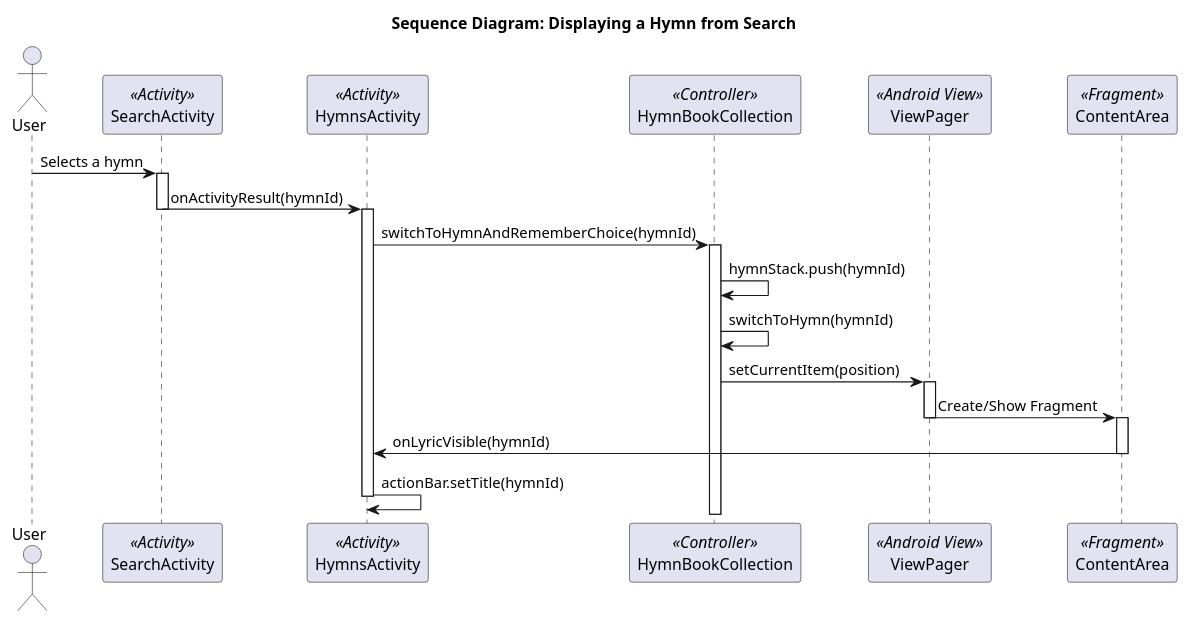
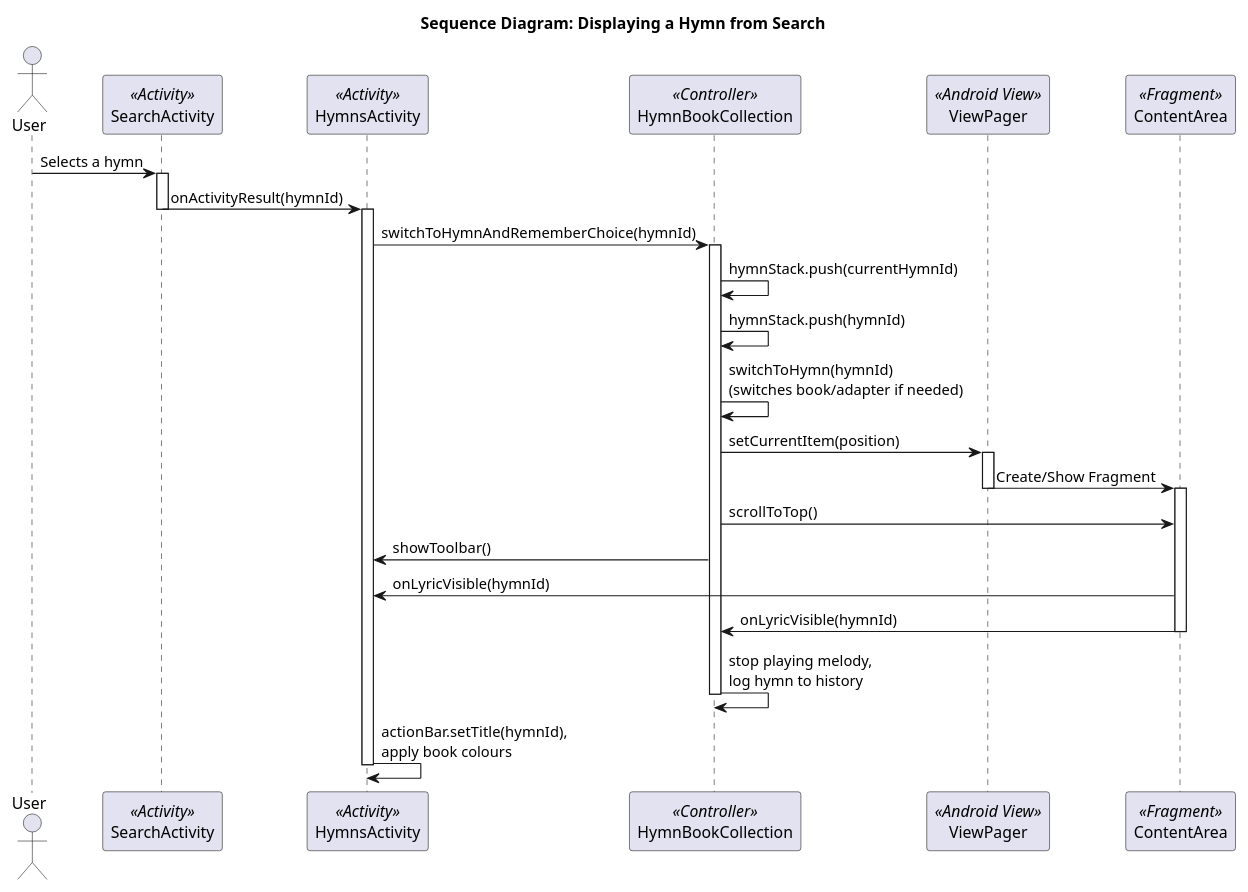
One commit to lemuelinchrist/hymnsforandroid changed the diagram in docs/sequence_diagram.puml. Above: the diagram before and after it, drawn with PlantUML. The commit also changed 12 other files, not shown here.

```diff
--- a/docs/sequence_diagram.puml
+++ b/docs/sequence_diagram.puml
@@ -1,37 +1,45 @@
 @startuml
 title Sequence Diagram: Displaying a Hymn from Search
 
 actor User
 
 participant SearchActivity <<Activity>>
 participant HymnsActivity <<Activity>>
 participant HymnBookCollection <<Controller>>
 participant ViewPager <<Android View>>
 participant ContentArea <<Fragment>>
 
 User -> SearchActivity: Selects a hymn
 activate SearchActivity
 
 SearchActivity -> HymnsActivity: onActivityResult(hymnId)
 deactivate SearchActivity
 activate HymnsActivity
 
 HymnsActivity -> HymnBookCollection: switchToHymnAndRememberChoice(hymnId)
 activate HymnBookCollection
 
+HymnBookCollection -> HymnBookCollection: hymnStack.push(currentHymnId)
 HymnBookCollection -> HymnBookCollection: hymnStack.push(hymnId)
-HymnBookCollection -> HymnBookCollection: switchToHymn(hymnId)
+HymnBookCollection -> HymnBookCollection: switchToHymn(hymnId)\n(switches book/adapter if needed)
 
 HymnBookCollection -> ViewPager: setCurrentItem(position)
 activate ViewPager
 
 ViewPager -> ContentArea: Create/Show Fragment
 deactivate ViewPager
 activate ContentArea
 
+HymnBookCollection -> ContentArea: scrollToTop()
+HymnBookCollection -> HymnsActivity: showToolbar()
+
 ContentArea -> HymnsActivity: onLyricVisible(hymnId)
+ContentArea -> HymnBookCollection: onLyricVisible(hymnId)
 deactivate ContentArea
 
-HymnsActivity -> HymnsActivity: actionBar.setTitle(hymnId)
+HymnBookCollection -> HymnBookCollection: stop playing melody,\nlog hymn to history
+deactivate HymnBookCollection
+
+HymnsActivity -> HymnsActivity: actionBar.setTitle(hymnId),\napply book colours
 deactivate HymnsActivity
 @enduml
```
